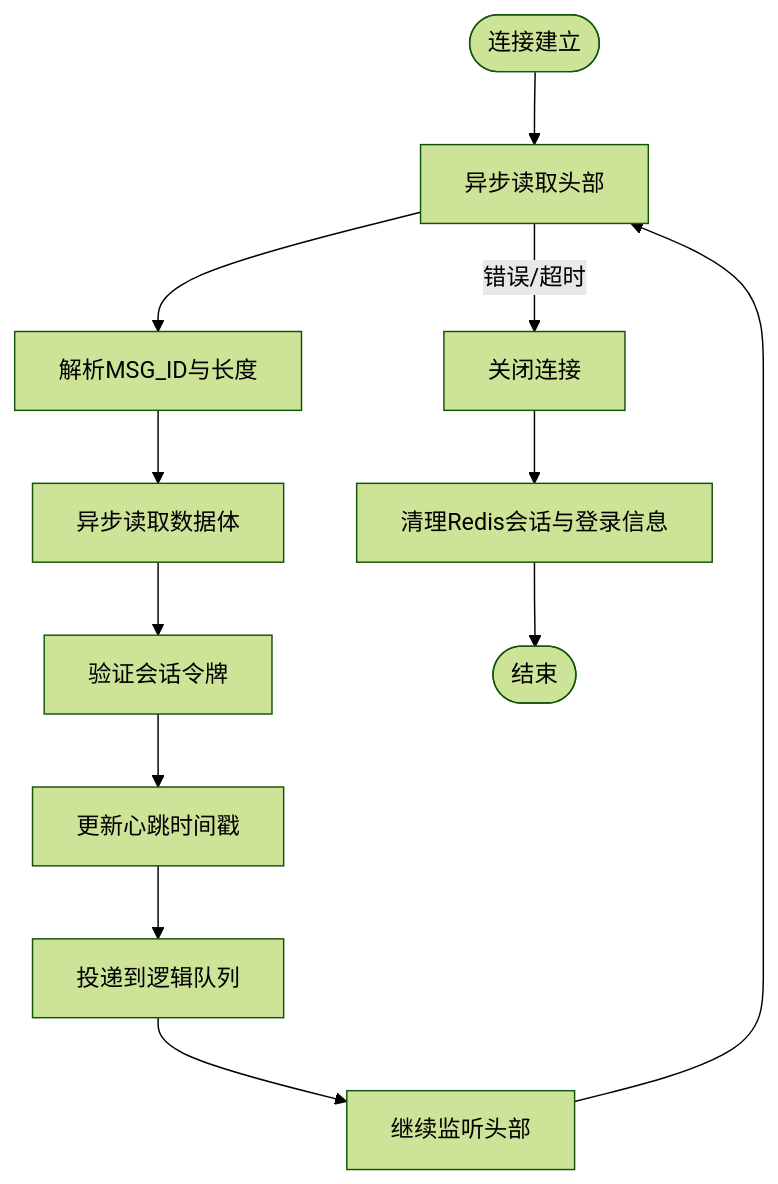
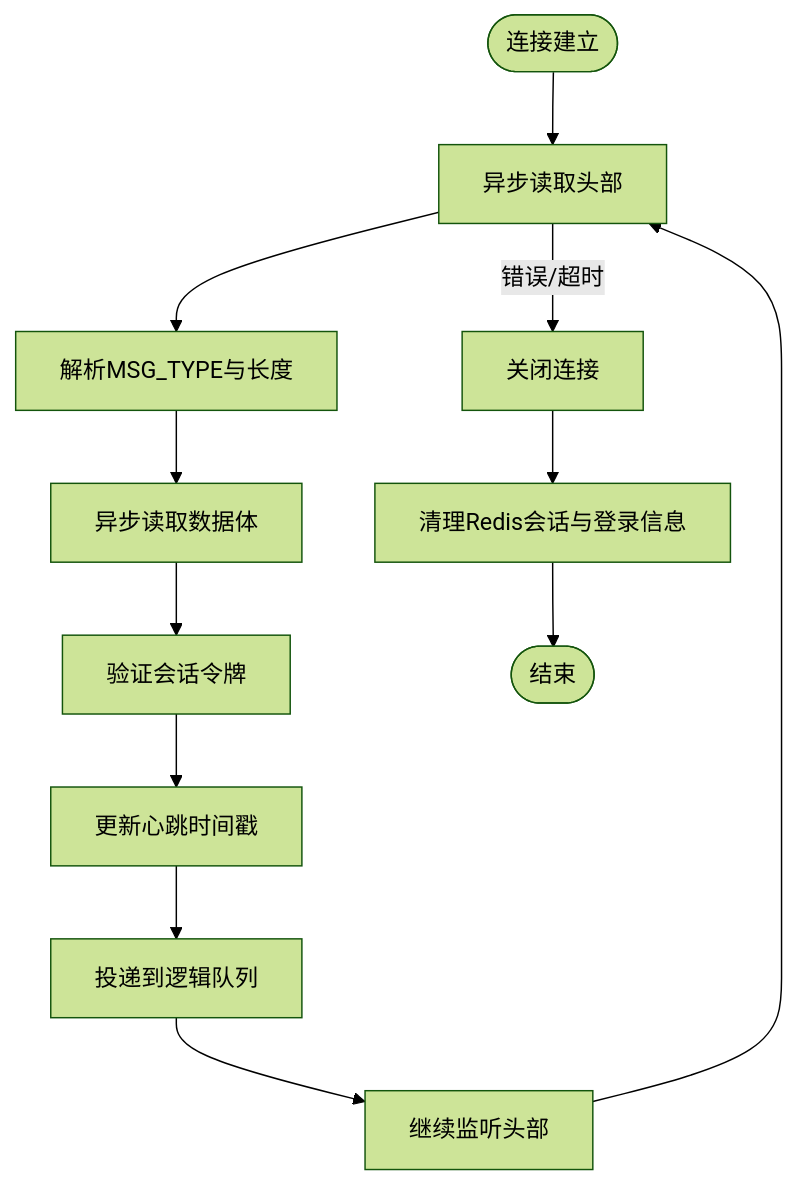
Before and after one commit to echo9923/mychatter: the fifth of 9 diagrams in .qoder/repowiki/zh/content/安全设计/数据安全保护/会话管理安全.md, drawn with Mermaid (forest theme). The commit also changed other lines of this file and 128 other files, not shown here.

````diff
--- a/.qoder/repowiki/zh/content/安全设计/数据安全保护/会话管理安全.md
+++ b/.qoder/repowiki/zh/content/安全设计/数据安全保护/会话管理安全.md
@@ -210,14 +210,14 @@
 ```mermaid
 flowchart TD
 Start(["连接建立"]) --> ReadHead["异步读取头部"]
-ReadHead --> ParseHead["解析MSG_ID与长度"]
+ReadHead --> ParseHead["解析MSG_TYPE与长度"]
 ParseHead --> ReadBody["异步读取数据体"]
 ReadBody --> ValidateToken["验证会话令牌"]
 ValidateToken --> UpdateHB["更新心跳时间戳"]
 UpdateHB --> PostMsg["投递到逻辑队列"]
 PostMsg --> NextRead["继续监听头部"]
 NextRead --> ReadHead
 ReadHead --> |错误/超时| CloseConn["关闭连接"]
 CloseConn --> CleanUp["清理Redis会话与登录信息"]
 CleanUp --> End(["结束"])
 ```
````
